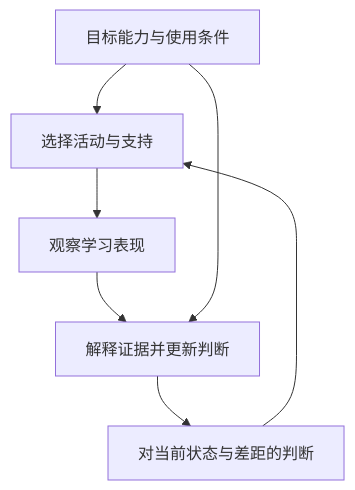
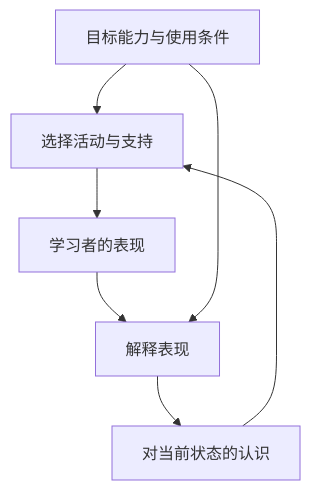
The diagram in docs/design/learning-model.md (Aice-Chen/cairn-system), drawn with Mermaid before and after one commit. The commit also changed other lines of this file and 11 other files, not shown here.

````diff
--- a/docs/design/learning-model.md
+++ b/docs/design/learning-model.md
@@ -9,9 +9,9 @@
 ```mermaid
 flowchart TD
     G["目标能力与使用条件"] --> A["选择活动与支持"]
-    S["对当前状态与差距的判断"] --> A
-    A --> O["观察学习表现"]
-    O --> I["解释证据并更新判断"]
-    G --> I
-    I --> S
+    S["对当前状态的认识"] --> A
+    A --> P["学习者的表现"]
+    P --> J["解释表现"]
+    G --> J
+    J --> S
 ```
````
